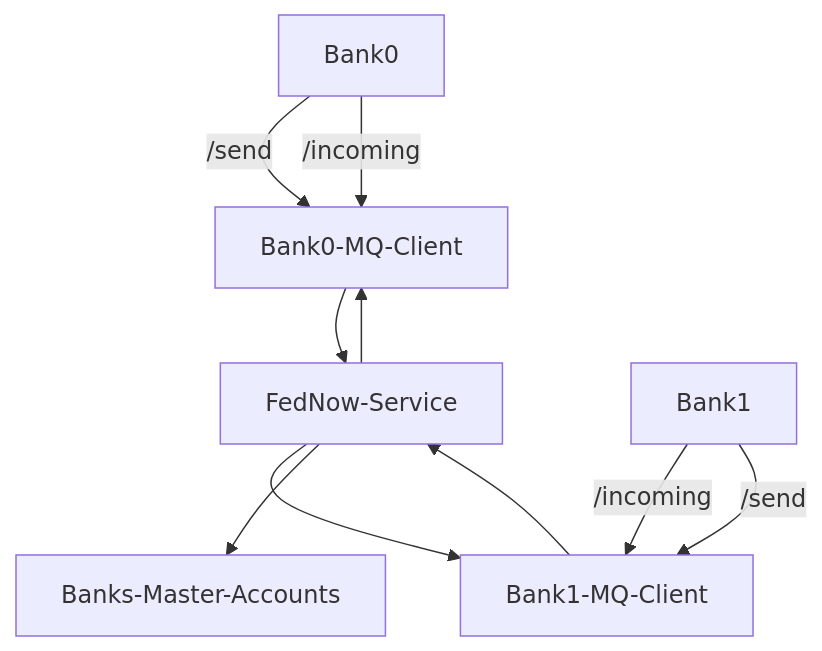
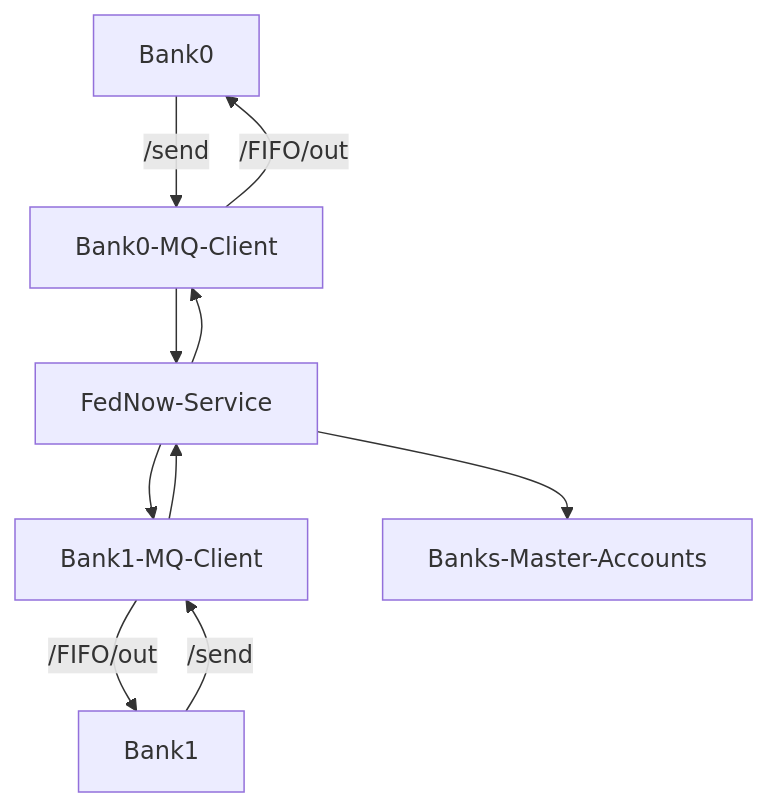
The diagram in readme.md (VanillaMile/payment-settlement-systems), drawn with Mermaid before and after one commit. The commit also changed other lines of this file and 1 other file, not shown here.

````diff
--- a/readme.md
+++ b/readme.md
@@ -238,12 +412,12 @@
 ```mermaid
 graph TD;
     Bank0 -->|/send| Bank0-MQ-Client;
     Bank0-MQ-Client --> FedNow-Service;
     FedNow-Service --> Bank1-MQ-Client; 
-    Bank1 -->|/incoming| Bank1-MQ-Client;
+    Bank1-MQ-Client -->|/FIFO/out| Bank1;
     Bank1 -->|/send| Bank1-MQ-Client;
     Bank1-MQ-Client --> FedNow-Service;
     FedNow-Service --> Banks-Master-Accounts
     FedNow-Service --> Bank0-MQ-Client;
-    Bank0 -->|/incoming| Bank0-MQ-Client
+    Bank0-MQ-Client -->|/FIFO/out| Bank0;
 ```
````
